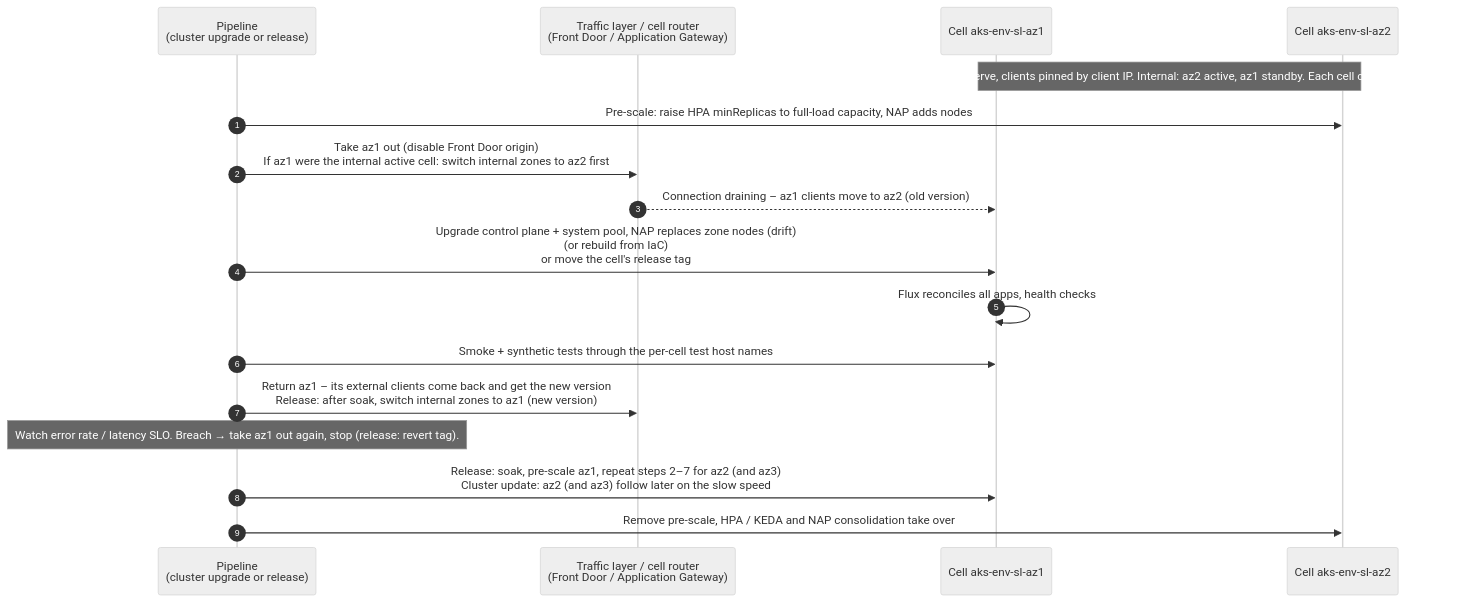
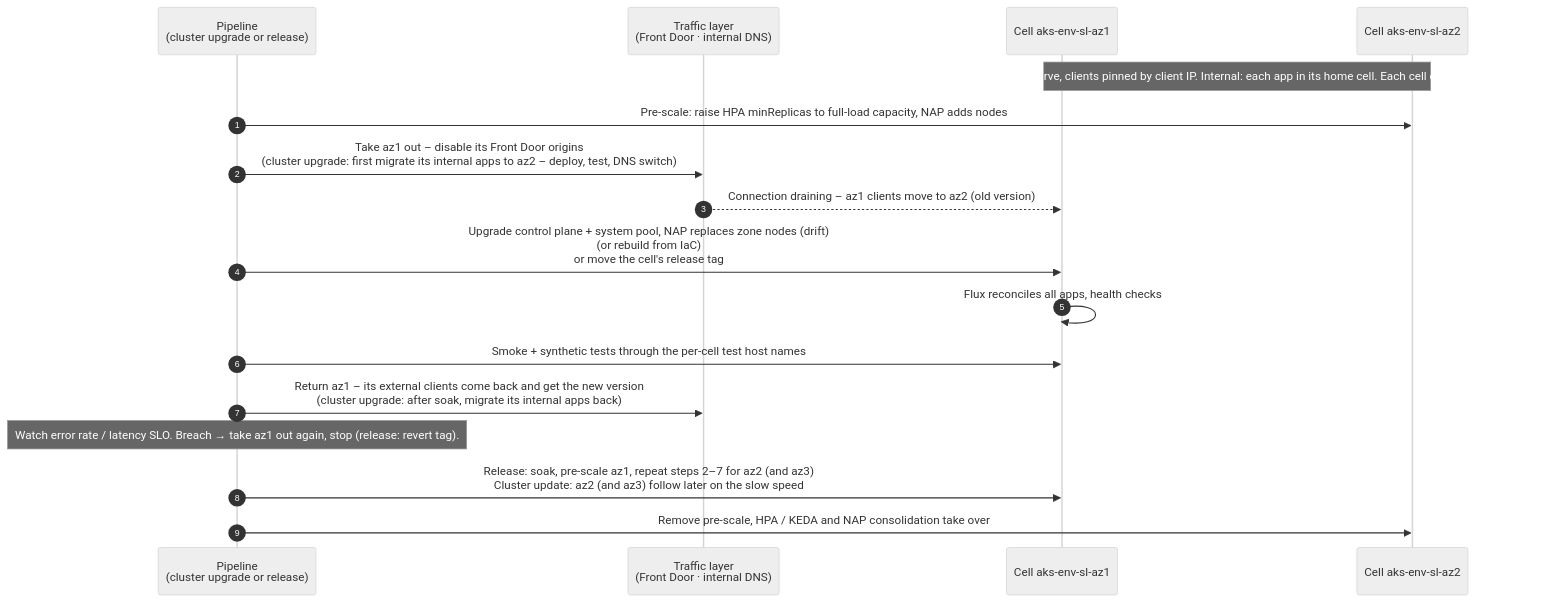
Before and after one commit to olljanat-ai/aks-design: the diagram in diagrams/11-stateless-upgrade.mmd, drawn with Mermaid (neutral theme). The commit also changed 19 other files, not shown here.

First line of the commit message:
Internal apps: one home cell each, DNS by ExternalDNS, migration workflow

```diff
--- a/diagrams/11-stateless-upgrade.mmd
+++ b/diagrams/11-stateless-upgrade.mmd
@@ -1,19 +1,19 @@
 %% Zero-downtime change of the cells (stateless clusters): one cell at a time is drained from the traffic layer,
 %% changed (cluster upgrade, rebuild or application release), verified and put back. Same pipeline in dev, acc, prd.
 sequenceDiagram
     autonumber
     participant P as Pipeline<br/>(cluster upgrade or release)
-    participant T as Traffic layer / cell router<br/>(Front Door / Application Gateway)
+    participant T as Traffic layer<br/>(Front Door · internal DNS)
     participant A as Cell aks-env-sl-az1
     participant B as Cell aks-env-sl-az2
-    Note over A,B: External: both cells serve, clients pinned by client IP. Internal: az2 active, az1 standby. Each cell can carry 100 % (N+1)
+    Note over A,B: External: both cells serve, clients pinned by client IP. Internal: each app in its home cell. Each cell can carry 100 % (N+1)
     P->>B: Pre-scale: raise HPA minReplicas to full-load capacity, NAP adds nodes
-    P->>T: Take az1 out (disable Front Door origin)<br/>If az1 were the internal active cell: switch internal zones to az2 first
+    P->>T: Take az1 out – disable its Front Door origins<br/>(cluster upgrade: first migrate its internal apps to az2 – deploy, test, DNS switch)
     T-->>A: Connection draining – az1 clients move to az2 (old version)
     P->>A: Upgrade control plane + system pool, NAP replaces zone nodes (drift)<br/>(or rebuild from IaC)<br/>or move the cell's release tag
     A->>A: Flux reconciles all apps, health checks
     P->>A: Smoke + synthetic tests through the per-cell test host names
-    P->>T: Return az1 – its external clients come back and get the new version<br/>Release: after soak, switch internal zones to az1 (new version)
+    P->>T: Return az1 – its external clients come back and get the new version<br/>(cluster upgrade: after soak, migrate its internal apps back)
     Note over P: Watch error rate / latency SLO. Breach → take az1 out again, stop (release: revert tag).
     P->>A: Release: soak, pre-scale az1, repeat steps 2–7 for az2 (and az3)<br/>Cluster update: az2 (and az3) follow later on the slow speed
     P->>B: Remove pre-scale, HPA / KEDA and NAP consolidation take over
```
